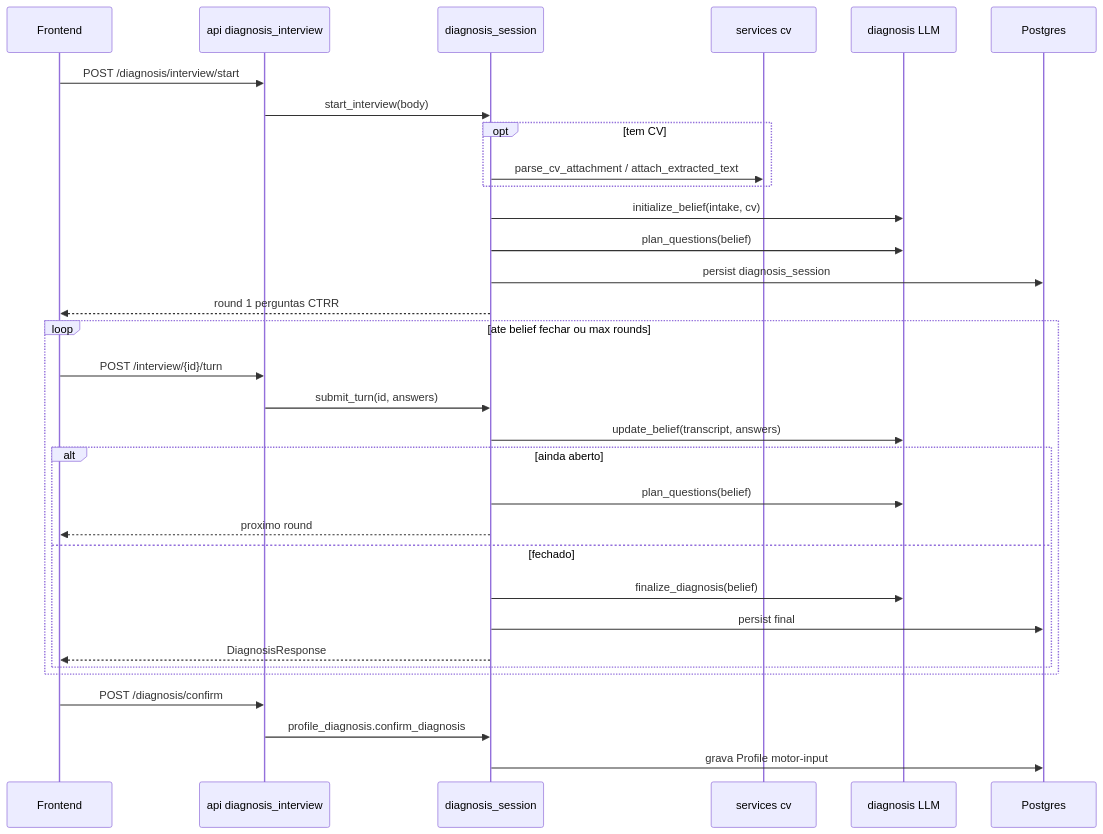
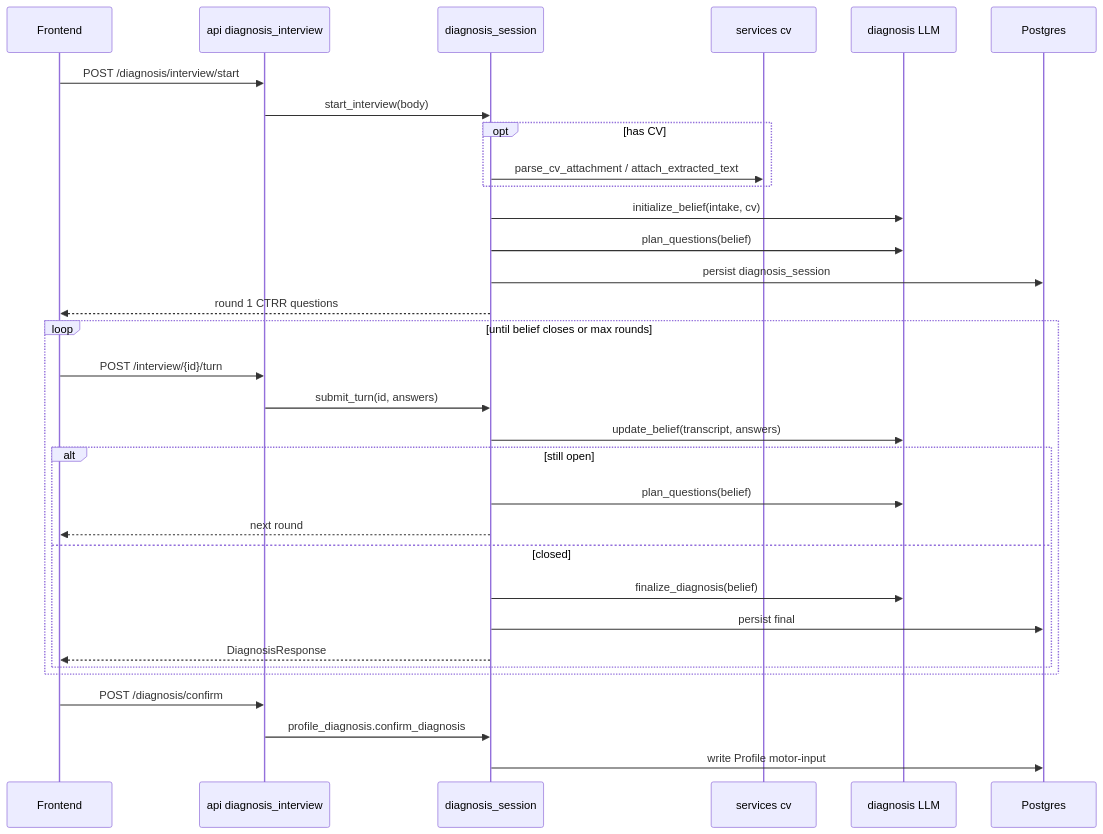
The second of 9 diagrams in docs/ARCHITECTURE.md (BorderlessCodingHub/career-forge-v2), drawn with Mermaid before and after one commit. The commit also changed other lines of this file and 24 other files, not shown here.

````diff
--- a/docs/ARCHITECTURE.md
+++ b/docs/ARCHITECTURE.md
@@ -171,37 +171,37 @@
 ```mermaid
 sequenceDiagram
   participant FE as Frontend
   participant R as api diagnosis_interview
   participant SS as diagnosis_session
   participant CV as services cv
   participant LLM as diagnosis LLM
   participant DB as Postgres
 
   FE->>R: POST /diagnosis/interview/start
   R->>SS: start_interview(body)
-  opt tem CV
+  opt has CV
     SS->>CV: parse_cv_attachment / attach_extracted_text
   end
   SS->>LLM: initialize_belief(intake, cv)
   SS->>LLM: plan_questions(belief)
   SS->>DB: persist diagnosis_session
-  SS-->>FE: round 1 perguntas CTRR
+  SS-->>FE: round 1 CTRR questions
 
-  loop ate belief fechar ou max rounds
+  loop until belief closes or max rounds
     FE->>R: POST /interview/{id}/turn
     R->>SS: submit_turn(id, answers)
     SS->>LLM: update_belief(transcript, answers)
-    alt ainda aberto
+    alt still open
       SS->>LLM: plan_questions(belief)
-      SS-->>FE: proximo round
-    else fechado
+      SS-->>FE: next round
+    else closed
       SS->>LLM: finalize_diagnosis(belief)
       SS->>DB: persist final
       SS-->>FE: DiagnosisResponse
     end
   end
 
   FE->>R: POST /diagnosis/confirm
   R->>SS: profile_diagnosis.confirm_diagnosis
-  SS->>DB: grava Profile motor-input
+  SS->>DB: write Profile motor-input
 ```
````
